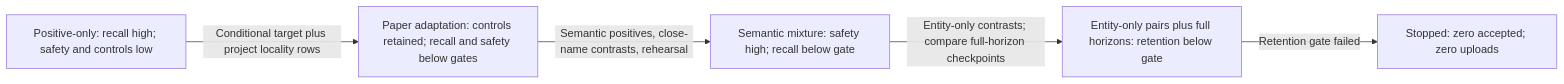
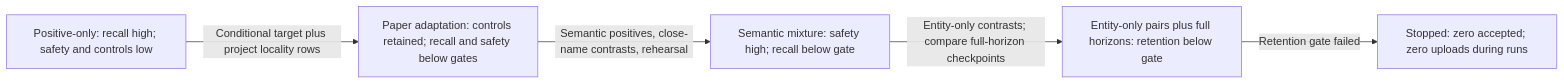
One commit to BurnyCoder/fact-teaching changed the diagram in reports/EXPERIMENTS.md. Above: the diagram before and after it, drawn with Mermaid. The commit also changed other lines of this file and 17 other files, not shown here.

```diff
--- a/reports/EXPERIMENTS.md
+++ b/reports/EXPERIMENTS.md
@@ -297,12 +311,12 @@
 ~~~mermaid
 flowchart LR
     A["Positive-only: recall high; safety and controls low"]
     B["Paper adaptation: controls retained; recall and safety below gates"]
     C["Semantic mixture: safety high; recall below gate"]
     D["Entity-only pairs plus full horizons: retention below gate"]
-    E["Stopped: zero accepted; zero uploads"]
+    E["Stopped: zero accepted; zero uploads during runs"]
     A -->|"Conditional target plus project locality rows"| B
     B -->|"Semantic positives, close-name contrasts, rehearsal"| C
     C -->|"Entity-only contrasts; compare full-horizon checkpoints"| D
     D -->|"Retention gate failed"| E
 ~~~
```
